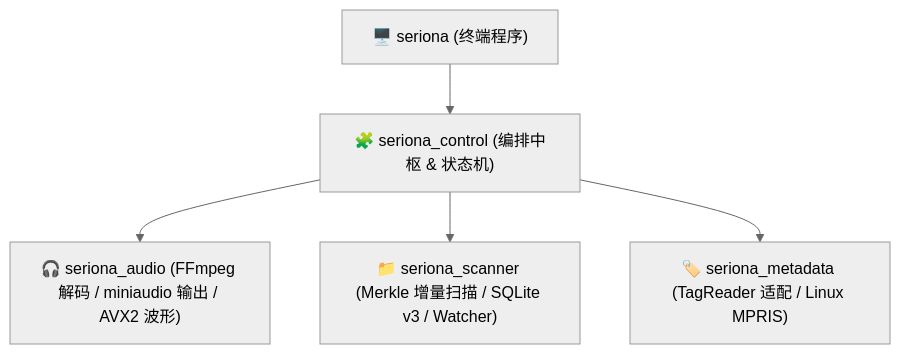
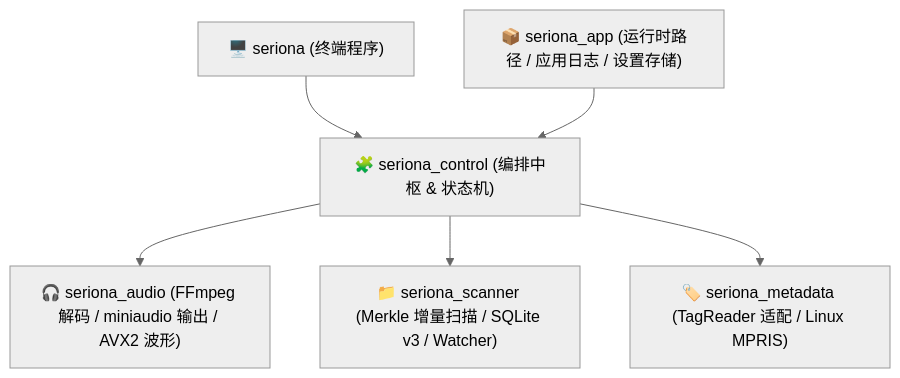
The diagram in README.md (kaizen857/Seriona_Backend), drawn with Mermaid (neutral theme) before and after one commit. The commit also changed other lines of this file and 1 other file, not shown here.

First line of the commit message:
docs: README 架构图补 seriona_app 与运行时路径双模式；AGENTS.md 同步清理描述

````diff
--- a/README.md
+++ b/README.md
@@ -78,7 +78,8 @@
 ```mermaid
 flowchart TD
     CLI["🖥️ seriona (终端程序)"] --> Hub["🧩 seriona_control (编排中枢 & 状态机)"]
     Hub --> Audio["🎧 seriona_audio (FFmpeg 解码 / miniaudio 输出 / AVX2 波形)"]
     Hub --> Scanner["📁 seriona_scanner (Merkle 增量扫描 / SQLite v3 / Watcher)"]
     Hub --> Metadata["🏷️ seriona_metadata (TagReader 适配 / Linux MPRIS)"]
+    App["📦 seriona_app (运行时路径 / 应用日志 / 设置存储)"] --> Hub
 ```
````
